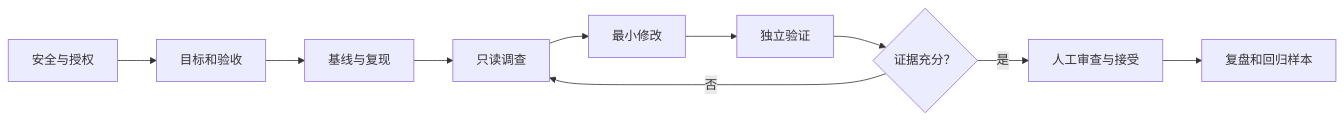
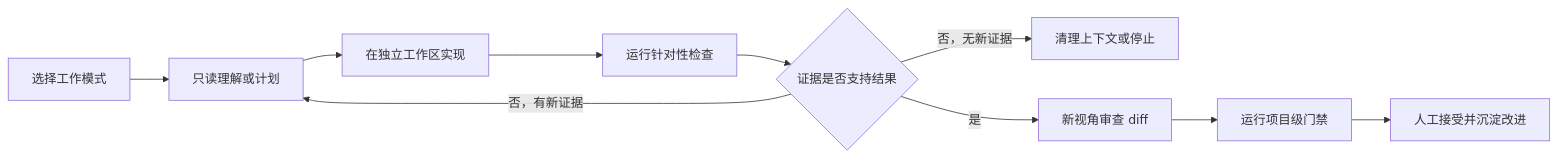
Before and after one commit to jjdak/agentStudy: the diagram in docs/02_coding_agent_playbook.md, drawn with Mermaid. The commit also changed other lines of this file and 2 other files, not shown here.

````diff
--- a/docs/02_coding_agent_playbook.md
+++ b/docs/02_coding_agent_playbook.md
@@ -13,12 +162,12 @@
 ```mermaid
 flowchart LR
-    A["安全与授权"] --> B["目标和验收"]
-    B --> C["基线与复现"]
-    C --> D["只读调查"]
-    D --> E["最小修改"]
-    E --> F["独立验证"]
-    F --> G{"证据充分？"}
-    G -->|否| D
-    G -->|是| H["人工审查与接受"]
-    H --> I["复盘和回归样本"]
+    A["选择工作模式"] --> B["只读理解或计划"]
+    B --> C["在独立工作区实现"]
+    C --> D["运行针对性检查"]
+    D --> E{"证据是否支持结果"}
+    E -->|"否，有新证据"| B
+    E -->|"否，无新证据"| F["清理上下文或停止"]
+    E -->|"是"| G["新视角审查 diff"]
+    G --> H["运行项目级门禁"]
+    H --> I["人工接受并沉淀改进"]
 ```
````
